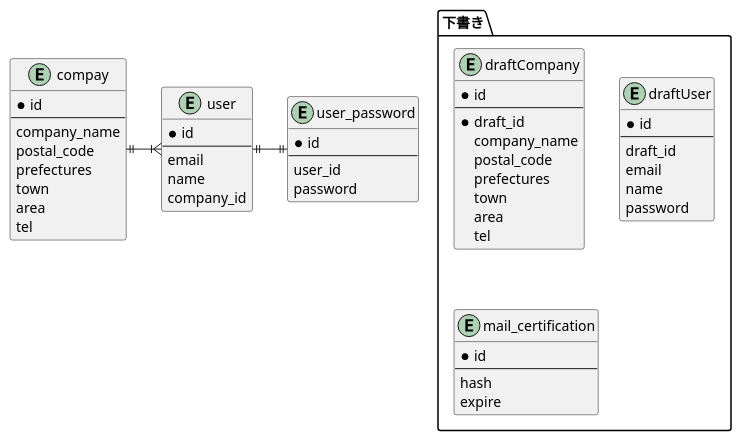
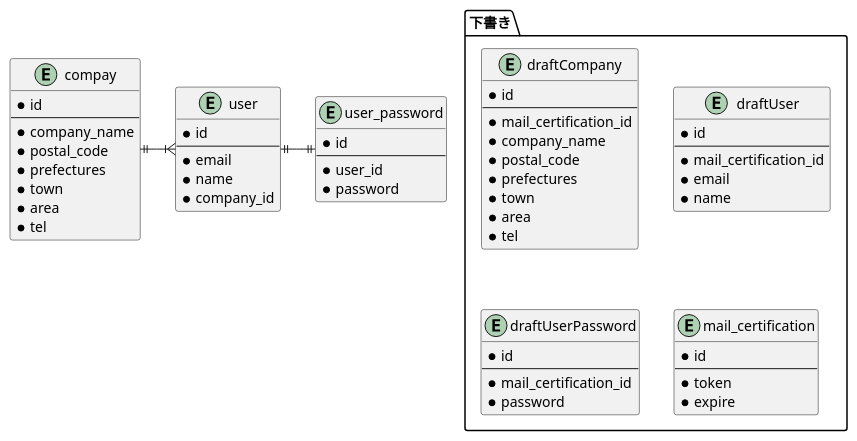
The diagram in files/er/login.pu (cork03/go_react), drawn with PlantUML before and after one commit. The commit also changed 10 other files, not shown here.

```diff
--- a/files/er/login.pu
+++ b/files/er/login.pu
@@ -1,56 +1,62 @@
 package 下書き <<Folder>> {
   entity "draftCompany" {
     *id
     --
-    *draft_id
-    company_name
-    postal_code
-    prefectures
-    town
-    area
-    tel
+    *mail_certification_id
+    *company_name
+    *postal_code
+    *prefectures
+    *town
+    *area
+    *tel
   }
   entity "draftUser" {
     *id
     --
-    draft_id
-    email
-    name
-    password
+    *mail_certification_id
+    *email
+    *name
   }
+  entity "draftUserPassword" {
+    *id
+    --
+    *mail_certification_id
+    *password
+  }
+
   entity "mail_certification" {
     *id
     --
-    hash
-    expire
+    *token
+    *expire
   }
 }
 
 entity "user" {
   *id
   --
-  email
-  name
-  company_id
+  *email
+  *name
+  *company_id
 }
 
 entity "user_password" {
   *id
   --
-  user_id
-  password
+  *user_id
+  *password
 }
 
 entity "compay" {
   *id
   --
-  company_name
-  postal_code
-  prefectures
-  town
-  area
-  tel
+  *company_name
+  *postal_code
+  *prefectures
+  *town
+  *area
+  *tel
 }
 
 compay ||-|{ user
 user ||-|| user_password
```
